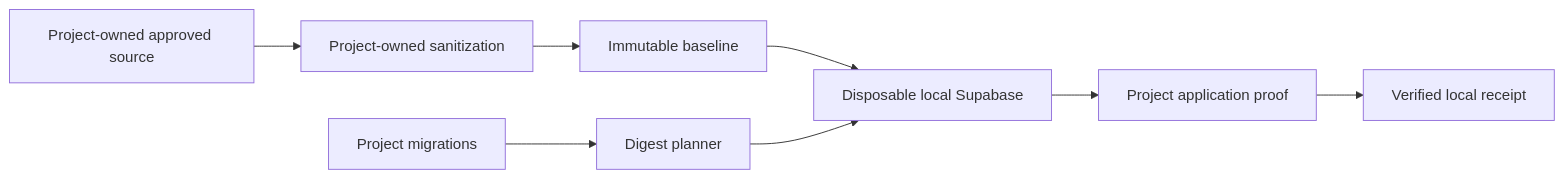
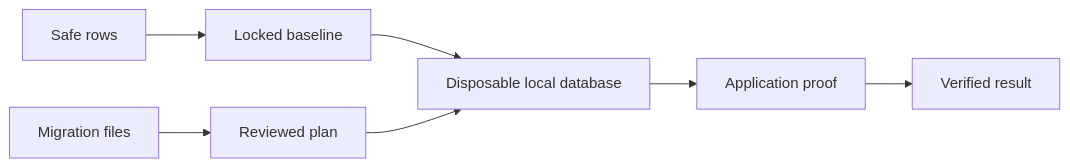
The diagram in docs/glossary.md (Ddupasquier/rehearsal-db), drawn with Mermaid before and after one commit. The commit also changed other lines of this file and 11 other files, not shown here.

````diff
--- a/docs/glossary.md
+++ b/docs/glossary.md
@@ -20,10 +20,9 @@
 ```mermaid
 flowchart LR
-  A[Project-owned approved source] --> B[Project-owned sanitization]
-  B --> C[Immutable baseline]
-  D[Project migrations] --> E[Digest planner]
-  C --> F[Disposable local Supabase]
-  E --> F
-  F --> G[Project application proof]
-  G --> H[Verified local receipt]
+  A[Safe rows] --> B[Locked baseline]
+  C[Migration files] --> D[Reviewed plan]
+  B --> E[Disposable local database]
+  D --> E
+  E --> F[Application proof]
+  F --> G[Verified result]
 ```
````
